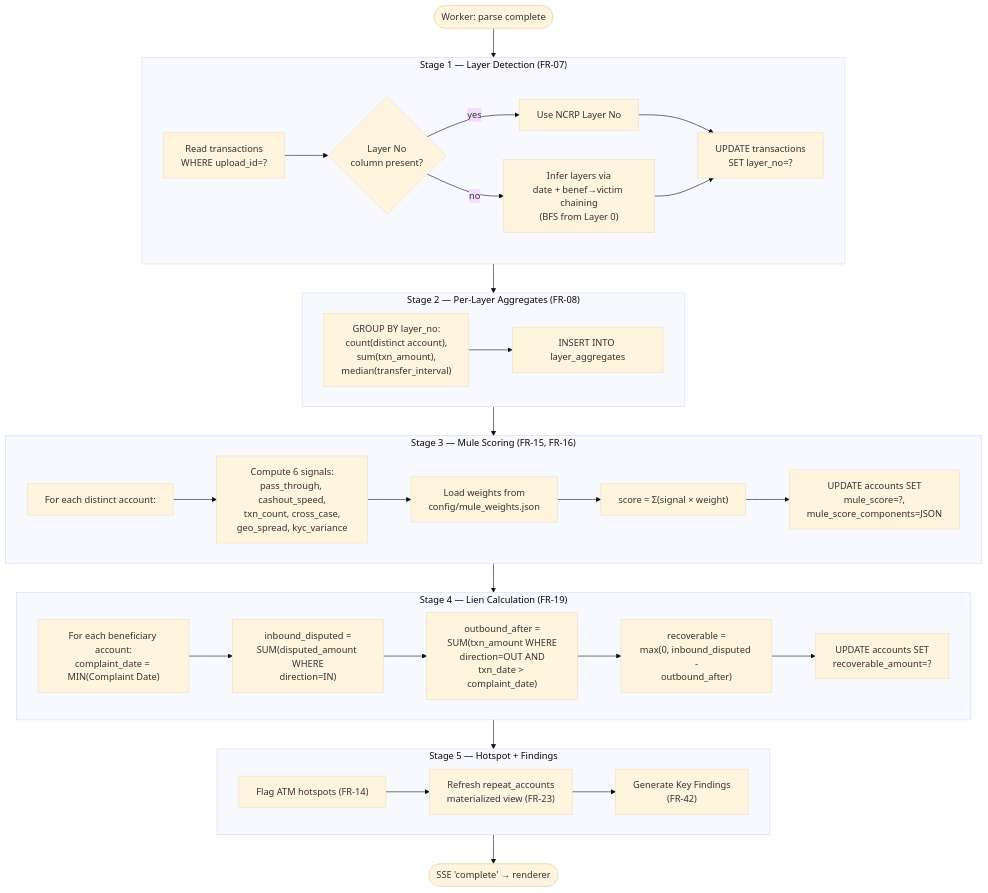
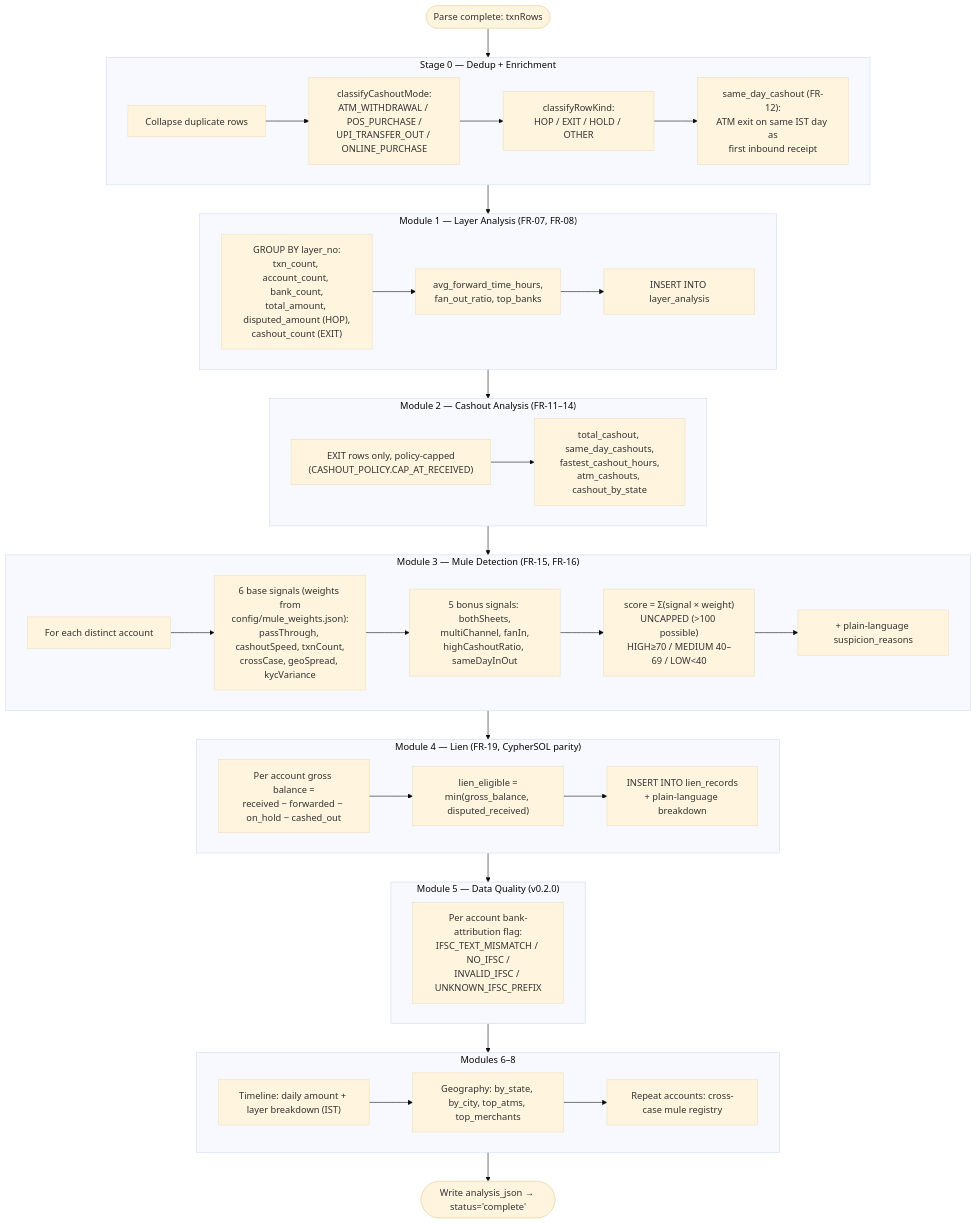
The third of 5 diagrams in SDD.md (manankothari1702/fintrace-ncrp), drawn with Mermaid (base theme) before and after one commit. The commit also changed other lines of this file and 32 other files, not shown here.

First line of the commit message:
feat: NCRP v0.2.0 validation suite + DataQuality dashboard + parser hardening

````diff
--- a/SDD.md
+++ b/SDD.md
@@ -157,58 +145,66 @@
 ```mermaid
 flowchart TD
-    START([Worker: parse complete]) --> LAYER
+    START([Parse complete: txnRows]) --> ENRICH
 
-    subgraph LAYER["Stage 1 — Layer Detection (FR-07)"]
-        L1["Read transactions<br/>WHERE upload_id=?"]
-        L2{"Layer No<br/>column present?"}
-        L3["Use NCRP Layer No"]
-        L4["Infer layers via<br/>date + benef→victim chaining<br/>(BFS from Layer 0)"]
-        L5["UPDATE transactions<br/>SET layer_no=?"]
-        L1 --> L2
-        L2 -- yes --> L3
-        L2 -- no --> L4
-        L3 --> L5
-        L4 --> L5
+    subgraph ENRICH["Stage 0 — Dedup + Enrichment"]
+        D1["Collapse duplicate rows"]
+        D2["classifyCashoutMode:<br/>ATM_WITHDRAWAL / POS_PURCHASE /<br/>UPI_TRANSFER_OUT / ONLINE_PURCHASE"]
+        D3["classifyRowKind:<br/>HOP / EXIT / HOLD / OTHER"]
+        D4["same_day_cashout (FR-12):<br/>ATM exit on same IST day as<br/>first inbound receipt"]
+        D1 --> D2 --> D3 --> D4
     end
 
-    LAYER --> AGG
+    ENRICH --> LAYER
 
-    subgraph AGG["Stage 2 — Per-Layer Aggregates (FR-08)"]
-        A1["GROUP BY layer_no:<br/>count(distinct account),<br/>sum(txn_amount),<br/>median(transfer_interval)"]
-        A2["INSERT INTO layer_aggregates"]
-        A1 --> A2
+    subgraph LAYER["Module 1 — Layer Analysis (FR-07, FR-08)"]
+        L1["GROUP BY layer_no:<br/>txn_count, account_count, bank_count,<br/>total_amount, disputed_amount (HOP),<br/>cashout_count (EXIT)"]
+        L2["avg_forward_time_hours,<br/>fan_out_ratio, top_banks"]
+        L3["INSERT INTO layer_analysis"]
+        L1 --> L2 --> L3
     end
 
-    AGG --> MULE
+    LAYER --> CASH
 
-    subgraph MULE["Stage 3 — Mule Scoring (FR-15, FR-16)"]
-        M1["For each distinct account:"]
-        M2["Compute 6 signals:<br/>pass_through, cashout_speed,<br/>txn_count, cross_case,<br/>geo_spread, kyc_variance"]
-        M3["Load weights from<br/>config/mule_weights.json"]
-        M4["score = Σ(signal × weight)"]
-        M5["UPDATE accounts SET<br/>mule_score=?,<br/>mule_score_components=JSON"]
+    subgraph CASH["Module 2 — Cashout Analysis (FR-11–14)"]
+        C1["EXIT rows only, policy-capped<br/>(CASHOUT_POLICY.CAP_AT_RECEIVED)"]
+        C2["total_cashout, same_day_cashouts,<br/>fastest_cashout_hours,<br/>atm_cashouts, cashout_by_state"]
+        C1 --> C2
+    end
+
+    CASH --> MULE
+
+    subgraph MULE["Module 3 — Mule Detection (FR-15, FR-16)"]
+        M1["For each distinct account"]
+        M2["6 base signals (weights from<br/>config/mule_weights.json):<br/>passThrough, cashoutSpeed, txnCount,<br/>crossCase, geoSpread, kycVariance"]
+        M3["5 bonus signals: bothSheets,<br/>multiChannel, fanIn,<br/>highCashoutRatio, sameDayInOut"]
+        M4["score = Σ(signal × weight)<br/>UNCAPPED (>100 possible)<br/>HIGH≥70 / MEDIUM 40–69 / LOW<40"]
+        M5["+ plain-language suspicion_reasons"]
         M1 --> M2 --> M3 --> M4 --> M5
     end
 
     MULE --> LIEN
 
-    subgraph LIEN["Stage 4 — Lien Calculation (FR-19)"]
-        N1["For each beneficiary account:<br/>complaint_date = MIN(Complaint Date)"]
-        N2["inbound_disputed =<br/>SUM(disputed_amount WHERE<br/>direction=IN)"]
-        N3["outbound_after =<br/>SUM(txn_amount WHERE<br/>direction=OUT AND<br/>txn_date > complaint_date)"]
-        N4["recoverable =<br/>max(0, inbound_disputed -<br/>outbound_after)"]
-        N5["UPDATE accounts SET<br/>recoverable_amount=?"]
-        N1 --> N2 --> N3 --> N4 --> N5
+    subgraph LIEN["Module 4 — Lien (FR-19, CypherSOL parity)"]
+        N1["Per account gross balance =<br/>received − forwarded − on_hold − cashed_out"]
+        N2["lien_eligible =<br/>min(gross_balance, disputed_received)"]
+        N3["INSERT INTO lien_records<br/>+ plain-language breakdown"]
+        N1 --> N2 --> N3
     end
 
-    LIEN --> HOT
+    LIEN --> QUAL
 
-    subgraph HOT["Stage 5 — Hotspot + Findings"]
-        H1["Flag ATM hotspots (FR-14)"]
-        H2["Refresh repeat_accounts<br/>materialized view (FR-23)"]
-        H3["Generate Key Findings<br/>(FR-42)"]
-        H1 --> H2 --> H3
+    subgraph QUAL["Module 5 — Data Quality (v0.2.0)"]
+        Q1["Per account bank-attribution flag:<br/>IFSC_TEXT_MISMATCH / NO_IFSC /<br/>INVALID_IFSC / UNKNOWN_IFSC_PREFIX"]
     end
 
-    HOT --> DONE([SSE 'complete' → renderer])
+    QUAL --> REST
+
+    subgraph REST["Modules 6–8"]
+        R1["Timeline: daily amount + layer breakdown (IST)"]
+        R2["Geography: by_state, by_city, top_atms, top_merchants"]
+        R3["Repeat accounts: cross-case mule registry"]
+        R1 --> R2 --> R3
+    end
+
+    REST --> DONE([Write analysis_json → status='complete'])
 ```
````
